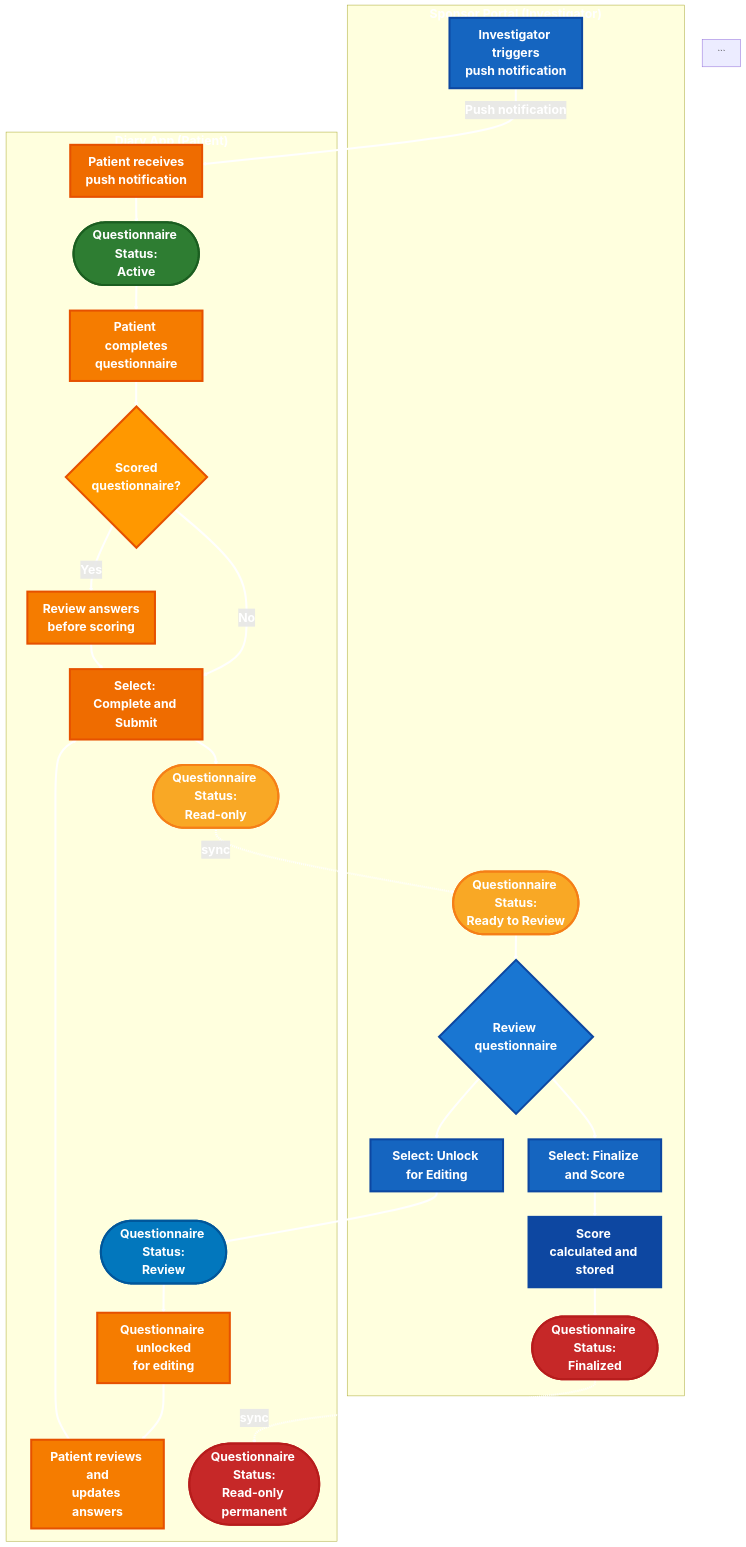
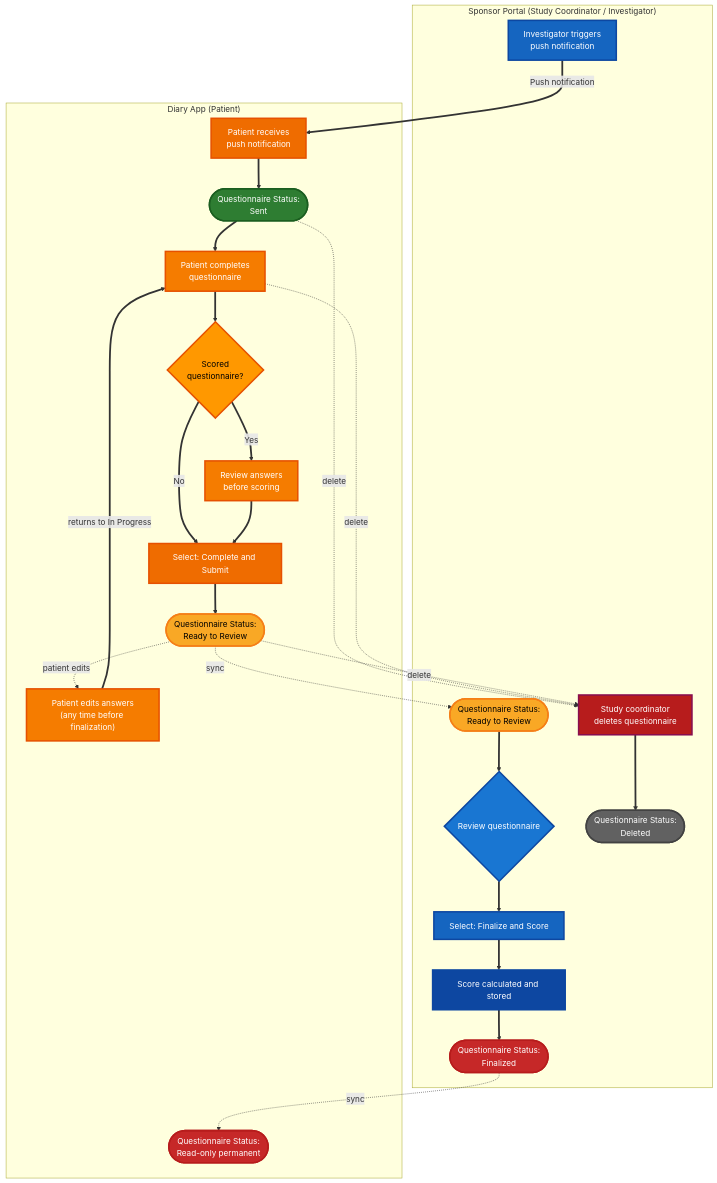
One commit to Cure-HHT/hht_diary changed the diagram in spec/images/questionnaire-approval-workflow.mmd. Above: the diagram before and after it, drawn with Mermaid. The commit also changed 6 other files, not shown here.

First line of the commit message:
[CUR-971] Update questionnaire lifecycle state diagrams and permissions (#333)

````diff
--- a/spec/images/questionnaire-approval-workflow.mmd
+++ b/spec/images/questionnaire-approval-workflow.mmd
@@ -1,75 +1,74 @@
-%%{init: {'flowchart': {'htmlLabels': true, 'arrowMarkerAbsolute': true}, 'flowchart': {'nodeSpacing': 50, 'rankSpacing': 50}}}%%
-    flowchart TD
-    subgraph Portal ["<b style='font-size:18pt; color:white'>Sponsor Portal (Investigator)</b>"]
-        A["<b style='font-size:18pt; color:white'>Investigator triggers<br/>push notification</b>"]
-        P_S2(["<b style='font-size:18pt; color:white'>Questionnaire Status:<br/>Ready to Review</b>"])
-        G{"<b style='font-size:18pt; color:white'>Review questionnaire</b>"}
-        H["<b style='font-size:18pt; color:white'>Select: Finalize and Score</b>"]
-        I["<b style='font-size:18pt; color:white'>Select: Unlock for Editing</b>"]
-        J["<b style='font-size:18pt; color:white'>Score calculated and stored</b>"]
-        P_S3(["<b style='font-size:18pt; color:white'>Questionnaire Status:<br/>Finalized</b>"])
+%%{init: {'flowchart': {'htmlLabels': true, 'nodeSpacing': 60, 'rankSpacing': 60}}}%%
+flowchart TD
+    subgraph Portal ["Sponsor Portal (Study Coordinator / Investigator)"]
+        A["Investigator triggers<br/>push notification"]
+        P_S2(["Questionnaire Status:<br/>Ready to Review"])
+        G{"Review questionnaire"}
+        H["Select: Finalize and Score"]
+        J["Score calculated and stored"]
+        P_S3(["Questionnaire Status:<br/>Finalized"])
+        DEL["Study coordinator<br/>deletes questionnaire"]
+        P_DEL(["Questionnaire Status:<br/>Deleted"])
     end
 
-    subgraph Diary ["<b style='font-size:18pt; color:white'>Diary App (Patient)</b>"]
-        B["<b style='font-size:18pt; color:white'>Patient receives<br/>push notification</b>"]
-        D_S1(["<b style='font-size:18pt; color:white'>Questionnaire Status:<br/>Active</b>"])
-        C["<b style='font-size:18pt; color:white'>Patient completes<br/>questionnaire</b>"]
-        D{"<b style='font-size:18pt; color:white'>Scored<br/>questionnaire?</b>"}
-        E["<b style='font-size:18pt; color:white'>Review answers<br/>before scoring</b>"]
-        F["<b style='font-size:18pt; color:white'>Select: Complete and Submit</b>"]
-        D_S2(["<b style='font-size:18pt; color:white'>Questionnaire Status:<br/>Read-only</b>"])
-        D_S4(["<b style='font-size:18pt; color:white'>Questionnaire Status:<br/>Review</b>"])
-        K["<b style='font-size:18pt; color:white'>Questionnaire unlocked<br/>for editing</b>"]
-        L["<b style='font-size:18pt; color:white'>Patient reviews and<br/>updates answers</b>"]
-        D_S3(["<b style='font-size:18pt; color:white'>Questionnaire Status:<br/>Read-only permanent</b>"])
+    subgraph Diary ["Diary App (Patient)"]
+        B["Patient receives<br/>push notification"]
+        D_S1(["Questionnaire Status:<br/>Sent"])
+        C["Patient completes<br/>questionnaire"]
+        D{"Scored<br/>questionnaire?"}
+        E["Review answers<br/>before scoring"]
+        F["Select: Complete and Submit"]
+        D_S2(["Questionnaire Status:<br/>Ready to Review"])
+        EDIT["Patient edits answers<br/>(any time before finalization)"]
+        D_S3(["Questionnaire Status:<br/>Read-only permanent"])
     end
 
-    A ==>|<b style='font-size:18pt; color:white; background:none'>Push notification</b>| B
+    A ==>|"Push notification"| B
     B ==> D_S1
     D_S1 ==> C
     C ==> D
-    D ==>|<b style='font-size:18pt; color:white; background:none'>Yes</b>| E
-    D ==>|<b style='font-size:18pt; color:white; background:none'>No</b>| F
+    D ==>|"Yes"| E
+    D ==>|"No"| F
     E ==> F
     F ==> D_S2
-    D_S2 -.->|<b style='font-size:18pt; color:white; background:none'>sync</b>| P_S2
+    D_S2 -.->|"sync"| P_S2
     P_S2 ==> G
     G ==> H
-    G ==> I
     H ==> J
     J ==> P_S3
-    P_S3 -.->|<b style='font-size:18pt; color:white; background:none'>sync</b>| D_S3
-    I ==> D_S4
-    D_S4 ==> K
-    K ==> L
-    L ==> F
+    P_S3 -.->|"sync"| D_S3
+
+    %% Patient can edit at any time before finalization
+    D_S2 -.->|"patient edits"| EDIT
+    EDIT ==>|"returns to In Progress"| C
+
+    %% Delete available from Sent, In Progress, Ready to Review
+    D_S1 -.->|"delete"| DEL
+    C -.->|"delete"| DEL
+    D_S2 -.->|"delete"| DEL
+    DEL ==> P_DEL
 
     %% Portal nodes - blue theme
-    style A fill:#1565c0,color:#ffffff,stroke:#0d47a1,stroke-width:4px
-    style G fill:#1976d2,color:#ffffff,stroke:#0d47a1,stroke-width:4px
-    style H fill:#1565c0,color:#ffffff,stroke:#0d47a1,stroke-width:4px
-    style I fill:#1565c0,color:#ffffff,stroke:#0d47a1,stroke-width:4px
-    style J fill:#0d47a1,color:#ffffff,stroke:#0d47a1,stroke-width:4px
+    style A fill:#1565c0,color:#ffffff,stroke:#0d47a1,stroke-width:3px
+    style G fill:#1976d2,color:#ffffff,stroke:#0d47a1,stroke-width:3px
+    style H fill:#1565c0,color:#ffffff,stroke:#0d47a1,stroke-width:3px
+    style J fill:#0d47a1,color:#ffffff,stroke:#0d47a1,stroke-width:3px
+    style DEL fill:#b71c1c,color:#ffffff,stroke:#880e4f,stroke-width:3px
 
     %% Diary nodes - orange theme
-    style B fill:#ef6c00,color:#ffffff,stroke:#e65100,stroke-width:4px
-    style C fill:#f57c00,color:#ffffff,stroke:#e65100,stroke-width:4px
-    style D fill:#ff9800,color:#000000,stroke:#e65100,stroke-width:4px
-    style E fill:#f57c00,color:#ffffff,stroke:#e65100,stroke-width:4px
-    style F fill:#ef6c00,color:#ffffff,stroke:#e65100,stroke-width:4px
-    style K fill:#f57c00,color:#ffffff,stroke:#e65100,stroke-width:4px
-    style L fill:#f57c00,color:#ffffff,stroke:#e65100,stroke-width:4px
+    style B fill:#ef6c00,color:#ffffff,stroke:#e65100,stroke-width:3px
+    style C fill:#f57c00,color:#ffffff,stroke:#e65100,stroke-width:3px
+    style D fill:#ff9800,color:#000000,stroke:#e65100,stroke-width:3px
+    style E fill:#f57c00,color:#ffffff,stroke:#e65100,stroke-width:3px
+    style F fill:#ef6c00,color:#ffffff,stroke:#e65100,stroke-width:3px
+    style EDIT fill:#f57c00,color:#ffffff,stroke:#e65100,stroke-width:3px
 
     %% Status nodes - Diary side
-    style D_S1 fill:#2e7d32,color:#ffffff,stroke:#1b5e20,stroke-width:4px
-    style D_S2 fill:#f9a825,color:#000000,stroke:#f57f17,stroke-width:4px
-    style D_S3 fill:#c62828,color:#ffffff,stroke:#b71c1c,stroke-width:4px
-    style D_S4 fill:#0277bd,color:#ffffff,stroke:#01579b,stroke-width:4px
+    style D_S1 fill:#2e7d32,color:#ffffff,stroke:#1b5e20,stroke-width:3px
+    style D_S2 fill:#f9a825,color:#000000,stroke:#f57f17,stroke-width:3px
+    style D_S3 fill:#c62828,color:#ffffff,stroke:#b71c1c,stroke-width:3px
 
     %% Status nodes - Portal side
-    style P_S2 fill:#f9a825,color:#000000,stroke:#f57f17,stroke-width:4px
-    style P_S3 fill:#c62828,color:#ffffff,stroke:#b71c1c,stroke-width:4px
-
-    %% Make all arrow heads bigger by increasing stroke width
-    linkStyle default stroke:#ffffff,stroke-width:4px
-```
+    style P_S2 fill:#f9a825,color:#000000,stroke:#f57f17,stroke-width:3px
+    style P_S3 fill:#c62828,color:#ffffff,stroke:#b71c1c,stroke-width:3px
+    style P_DEL fill:#616161,color:#ffffff,stroke:#424242,stroke-width:3px
````
